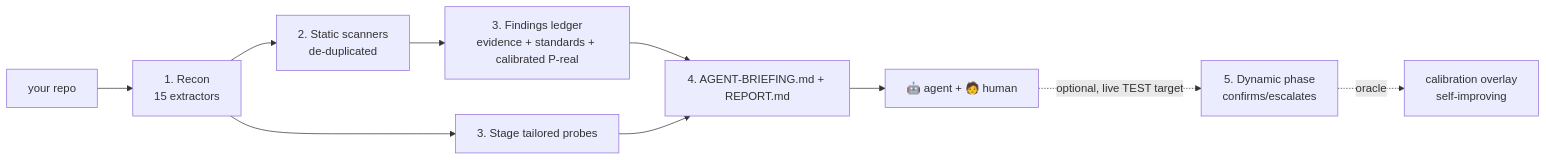
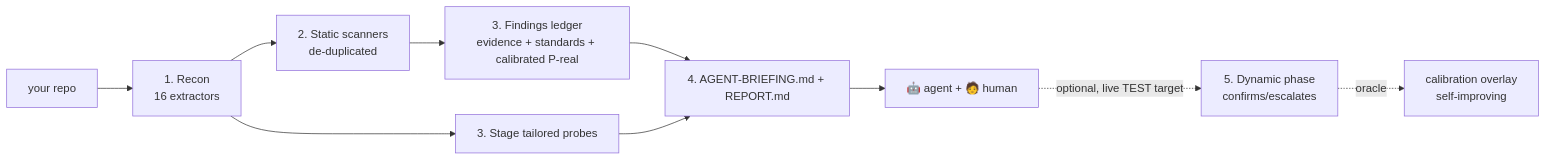
The diagram in docs-canonical/ARCHITECTURE.md (raccioly/websec-validator), drawn with Mermaid before and after one commit. The commit also changed other lines of this file and 34 other files, not shown here.

````diff
--- a/docs-canonical/ARCHITECTURE.md
+++ b/docs-canonical/ARCHITECTURE.md
@@ -131,12 +131,12 @@
 ```mermaid
 graph LR
-    R[your repo] --> A[1. Recon<br/>15 extractors]
+    R[your repo] --> A[1. Recon<br/>16 extractors]
     A --> B[2. Static scanners<br/>de-duplicated]
     B --> C[3. Findings ledger<br/>evidence + standards + calibrated P-real]
     A --> D[3. Stage tailored probes]
     C --> E[4. AGENT-BRIEFING.md + REPORT.md]
     D --> E
     E --> F[🤖 agent + 🧑 human]
     F -. optional, live TEST target .-> G[5. Dynamic phase<br/>confirms/escalates] 
     G -. oracle .-> H[calibration overlay<br/>self-improving]
 ```
````
